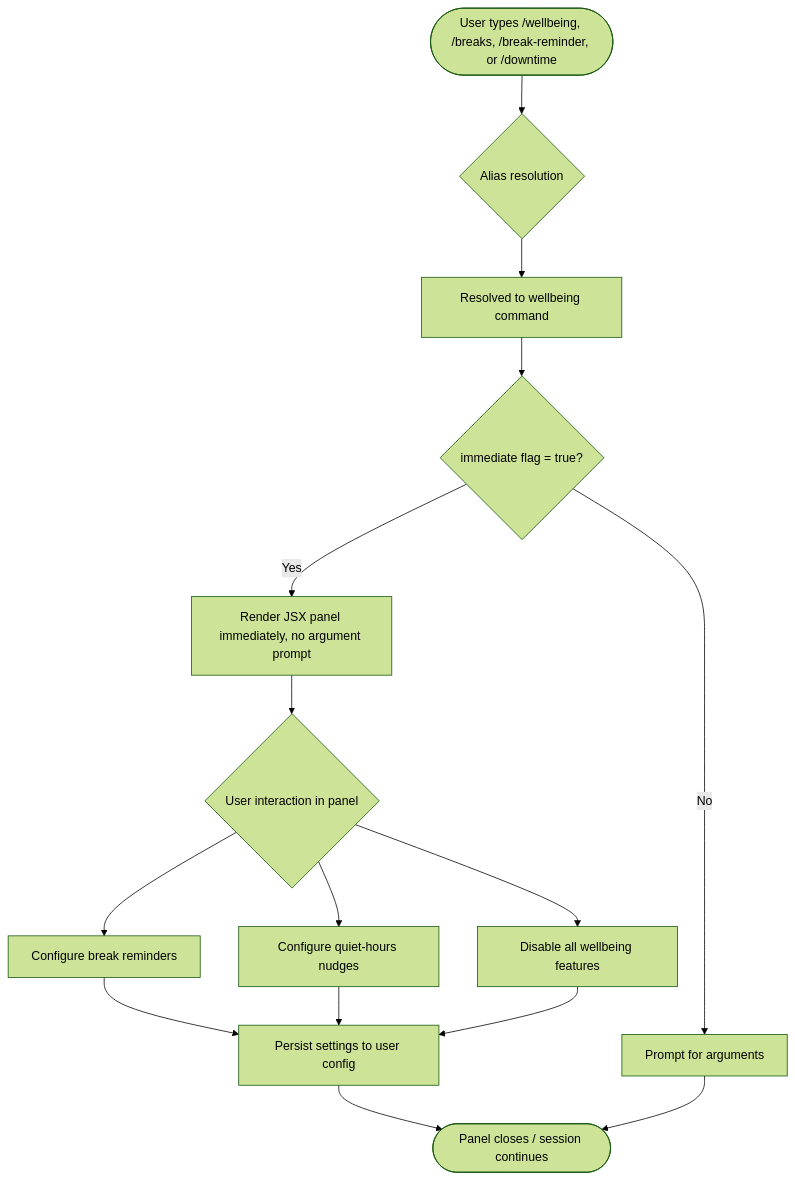
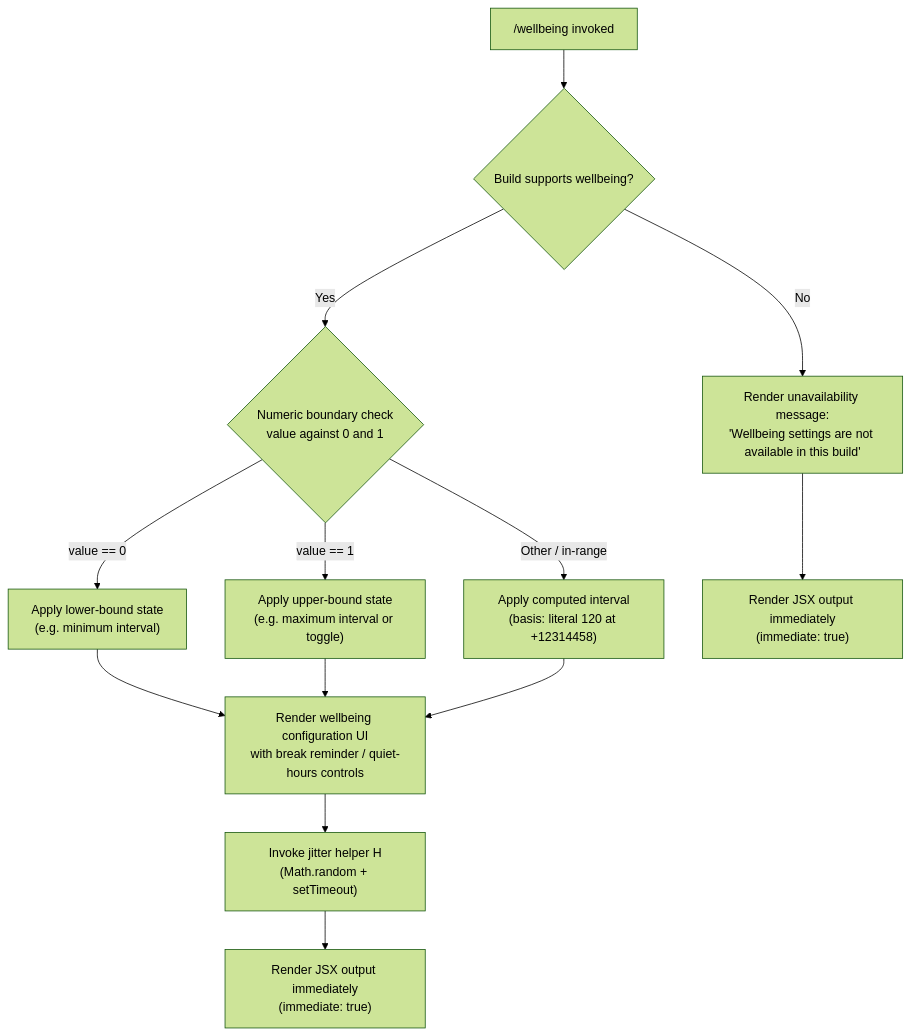
One commit to MyLittleLuckyDog/cc-gnothi changed the diagram in versions/v2.1.149/wellbeing.md. Above: the diagram before and after it, drawn with Mermaid (forest theme). The commit also changed other lines of this file and 496 other files, not shown here.

````diff
--- a/versions/v2.1.149/wellbeing.md
+++ b/versions/v2.1.149/wellbeing.md
@@ -47,17 +56,15 @@
 ```mermaid
 flowchart TD
-    A([User types /wellbeing, /breaks, /break-reminder, or /downtime]) --> B{Alias resolution}
-    B --> C[Resolved to wellbeing command]
-    C --> D{immediate flag = true?}
-    D -- Yes --> E[Render JSX panel immediately, no argument prompt]
-    D -- No --> F[Prompt for arguments]
-    E --> G{User interaction in panel}
-    G --> H[Configure break reminders]
-    G --> I[Configure quiet-hours nudges]
-    G --> J[Disable all wellbeing features]
-    H --> K[Persist settings to user config]
-    I --> K
-    J --> K
-    K --> L([Panel closes / session continues])
-    F --> L
+    A["/wellbeing invoked"] --> B{Build supports wellbeing?}
+    B -- No --> C["Render unavailability message:\n'Wellbeing settings are not available in this build'"]
+    B -- Yes --> D{Numeric boundary check\nvalue against 0 and 1}
+    D -- "value == 0" --> E["Apply lower-bound state\n(e.g. minimum interval)"]
+    D -- "value == 1" --> F["Apply upper-bound state\n(e.g. maximum interval or toggle)"]
+    D -- "Other / in-range" --> G["Apply computed interval\n(basis: literal 120 at +12314458)"]
+    E --> H["Render wellbeing configuration UI\nwith break reminder / quiet-hours controls"]
+    F --> H
+    G --> H
+    H --> I["Invoke jitter helper H\n(Math.random + setTimeout)"]
+    I --> J["Render JSX output immediately\n(immediate: true)"]
+    C --> K["Render JSX output immediately\n(immediate: true)"]
 ```
````
